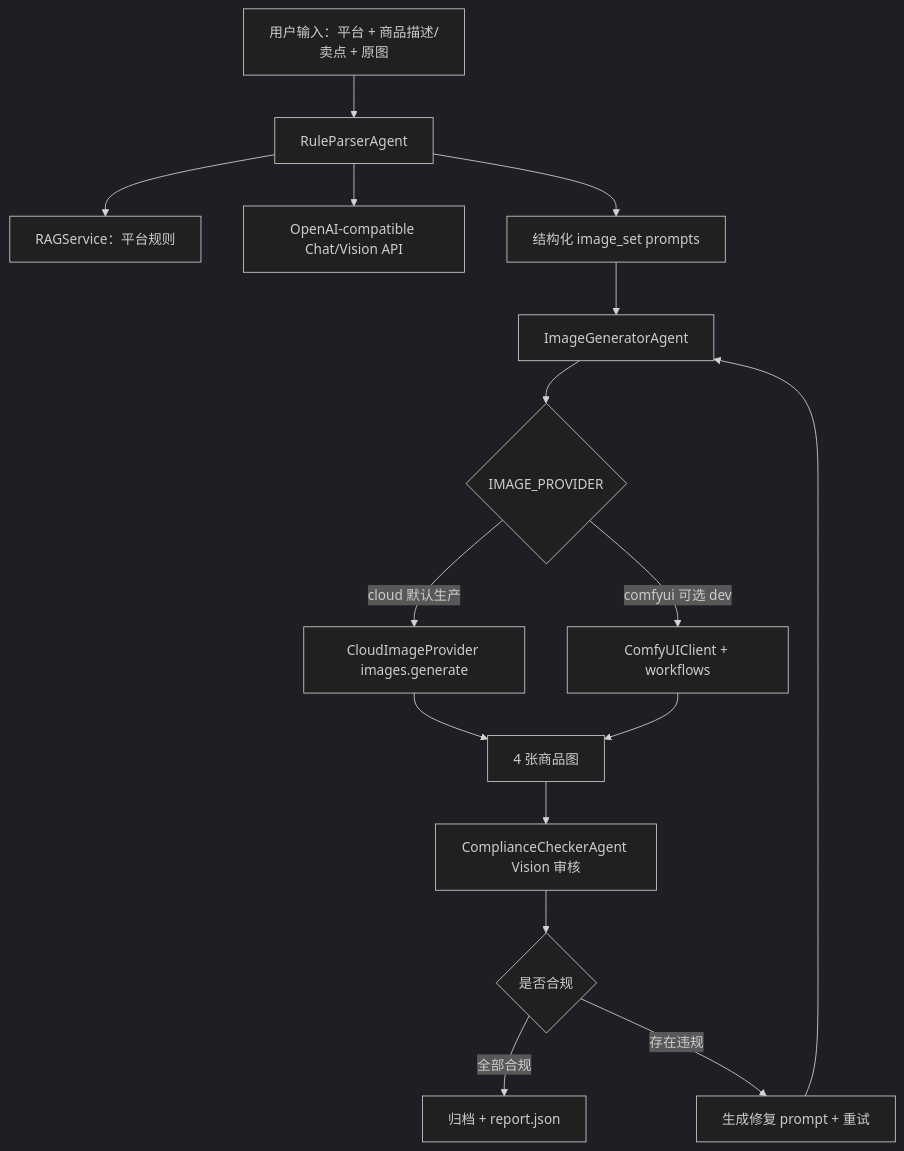
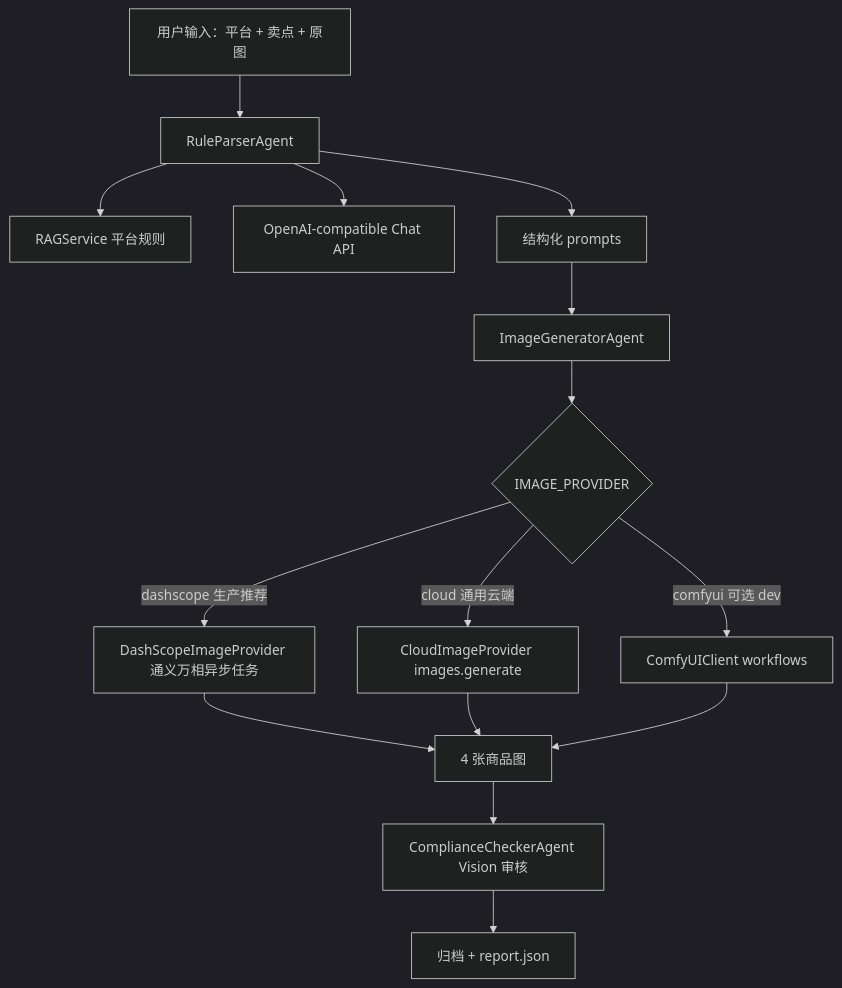
The diagram in MeituEcomAgent/README.md (zsj00/Dianshna_image), drawn with Mermaid (dark theme) before and after one commit. The commit also changed other lines of this file and 8 other files, not shown here.

Commit message:
feat: add dashscope image provider

````diff
--- a/MeituEcomAgent/README.md
+++ b/MeituEcomAgent/README.md
@@ -13,18 +14,17 @@
 ```mermaid
 flowchart TD
-    A["用户输入：平台 + 商品描述/卖点 + 原图"] --> B["RuleParserAgent"]
-    B --> C["RAGService：平台规则"]
-    B --> D["OpenAI-compatible Chat/Vision API"]
-    B --> E["结构化 image_set prompts"]
+    A["用户输入：平台 + 卖点 + 原图"] --> B["RuleParserAgent"]
+    B --> C["RAGService 平台规则"]
+    B --> D["OpenAI-compatible Chat API"]
+    B --> E["结构化 prompts"]
     E --> F["ImageGeneratorAgent"]
     F --> G{"IMAGE_PROVIDER"}
-    G -->|cloud 默认生产| H["CloudImageProvider images.generate"]
-    G -->|comfyui 可选 dev| I["ComfyUIClient + workflows"]
-    H --> J["4 张商品图"]
-    I --> J
-    J --> K["ComplianceCheckerAgent Vision 审核"]
-    K --> L{"是否合规"}
-    L -->|全部合规| M["归档 + report.json"]
-    L -->|存在违规| N["生成修复 prompt + 重试"]
-    N --> F
+    G -->|dashscope 生产推荐| H["DashScopeImageProvider 通义万相异步任务"]
+    G -->|cloud 通用云端| I["CloudImageProvider images.generate"]
+    G -->|comfyui 可选 dev| J["ComfyUIClient workflows"]
+    H --> K["4 张商品图"]
+    I --> K
+    J --> K
+    K --> L["ComplianceCheckerAgent Vision 审核"]
+    L --> M["归档 + report.json"]
 ```
````
